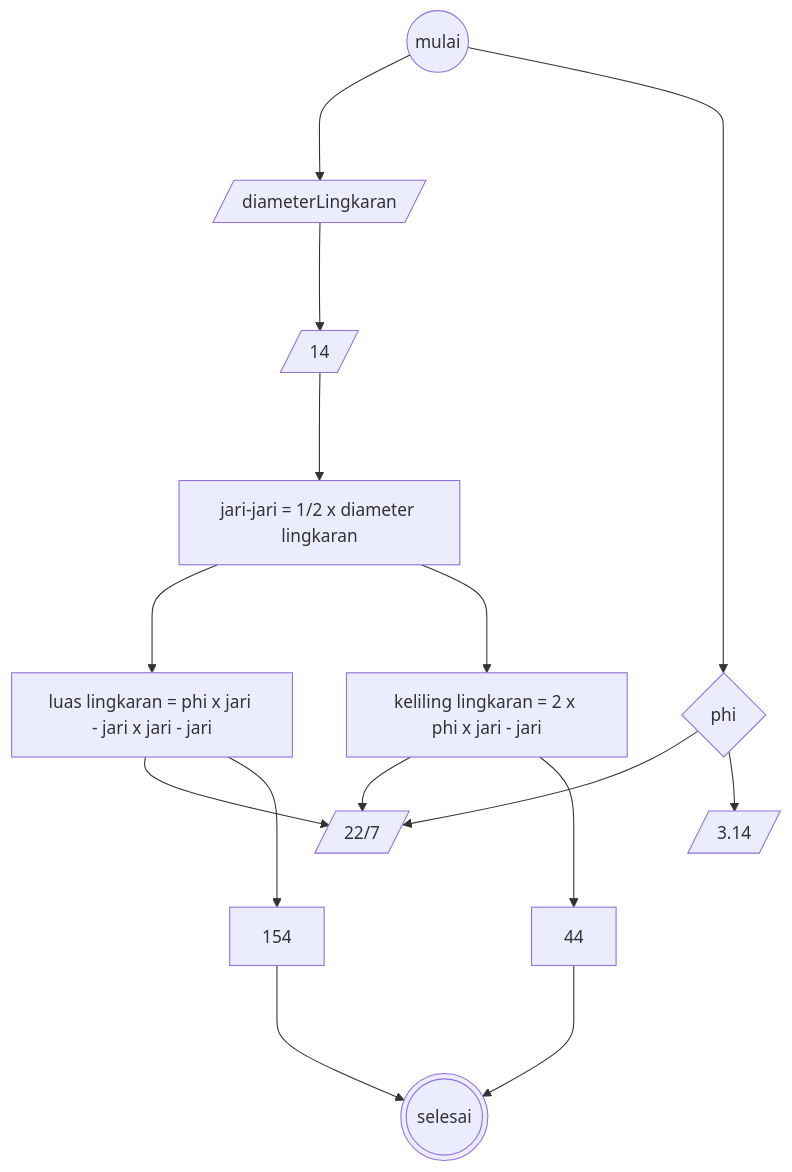
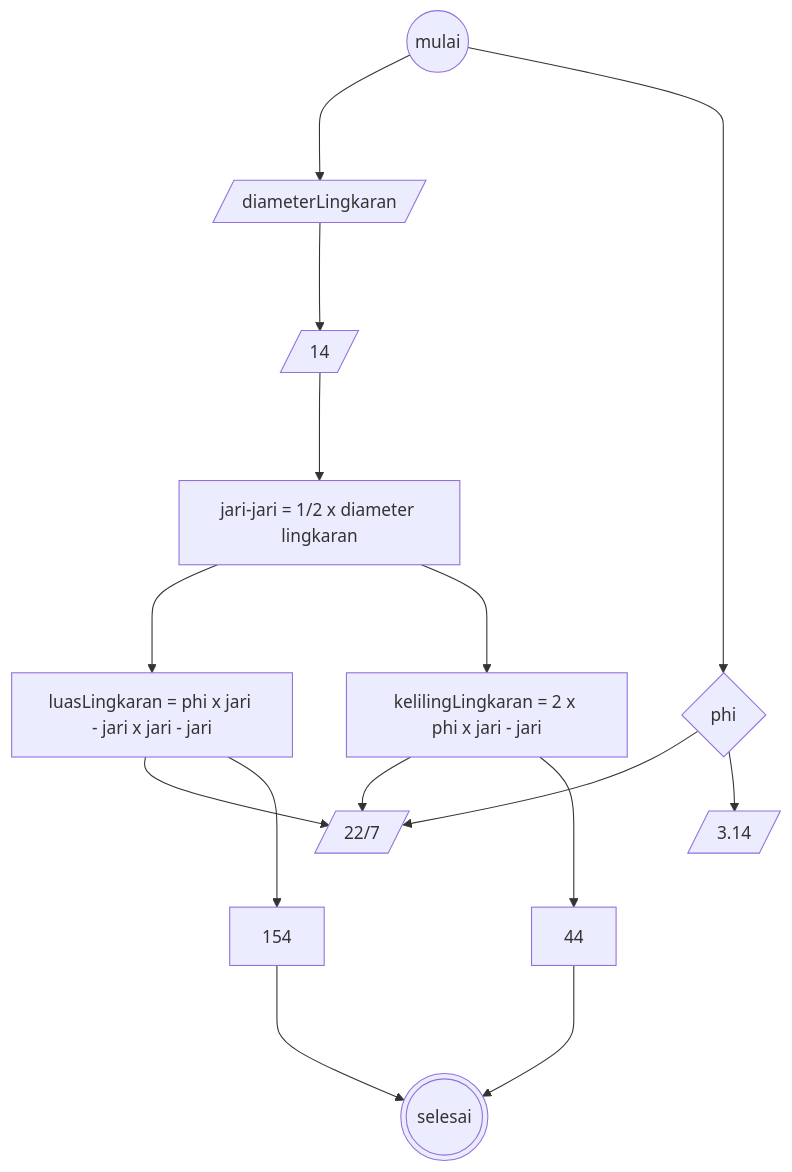
One commit to VirgilIw/koda-b4-algoritma changed the diagram in minitask5.md. Above: the diagram before and after it, drawn with Mermaid.

````diff
--- a/minitask5.md
+++ b/minitask5.md
@@ -1,23 +1,23 @@
 ```mermaid
 flowchart TB
 circle((mulai)) --->data[/diameterLingkaran/]
 data--->output[/14/]
 
 circle --> phi{phi}
 phi --> phi1[/22/7/]
 phi --> phi2[/3.14/]
 
 
 output---> jari[jari-jari = 1/2 x diameter lingkaran]
-jari --->luas[luas lingkaran = phi x jari - jari x jari - jari]
+jari --->luas[luasLingkaran = phi x jari - jari x jari - jari]
 
-jari --->keliling[keliling lingkaran = 2 x phi x jari - jari]
+jari --->keliling[kelilingLingkaran = 2 x phi x jari - jari]
 
 keliling --> phi1
 luas --> phi1
 luas ---> hasil1[154]
 keliling---> hasil2[44]
 
 hasil1---> selesai(((selesai)))
 hasil2---> selesai(((selesai)))
 ```
````
